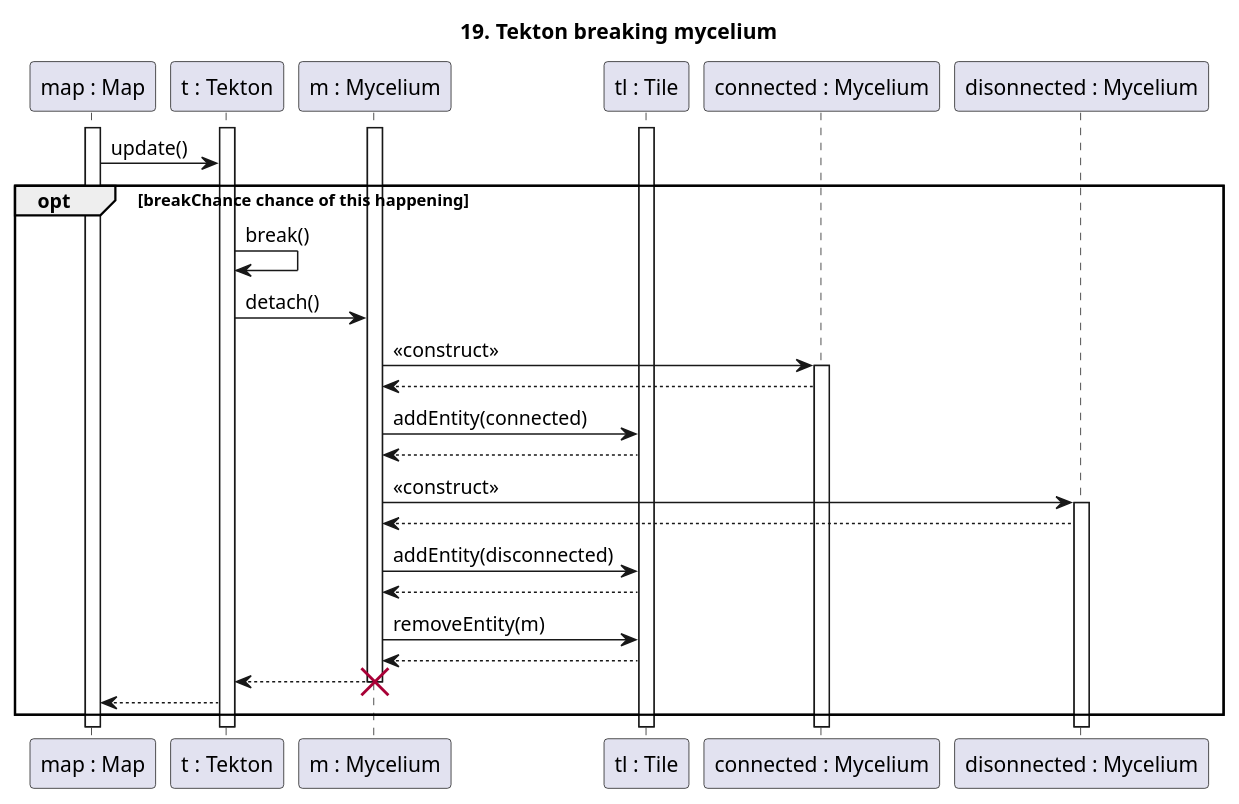
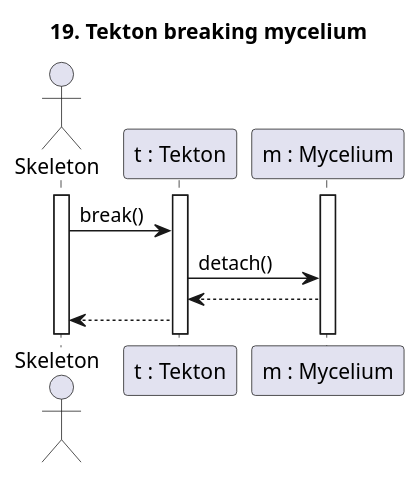
Before and after one commit to Harcipan/Projlab_nullpointerexception: the diagram in diagrams/diagramFiles/SQ19_TectonBreaksMycelium.puml, drawn with PlantUML.

Commit message:
SQ16 fix

```diff
--- a/diagrams/diagramFiles/SQ19_TectonBreaksMycelium.puml
+++ b/diagrams/diagramFiles/SQ19_TectonBreaksMycelium.puml
@@ -1,48 +1,24 @@
 @startuml 19. Tekton breaking mycelium
 title 19. Tekton breaking mycelium
 
-participant "map : Map" as M
+actor "Skeleton" as S
 participant "t : Tekton" as T
 participant "m : Mycelium" as My
-participant "tl : Tile" as Tl
-participant "connected : Mycelium" as Mc
-participant "disonnected : Mycelium" as Md
+
+
 
 
 activate T
 activate My
-activate M
-activate Tl
+activate S
 
-M->T : update()
-opt breakChance chance of this happening
-T->T : break()
+
+S->T : break()
 T->My : detach()
-
-My->Mc : <<construct>>
-
-activate Mc
-
-Mc-->My
-My->Tl : addEntity(connected)
-Tl --> My
-My->Md : <<construct>>
-
-activate Md
-
-Md-->My
-My->Tl : addEntity(disconnected)
-Tl-->My
-
-My->Tl : removeEntity(m)
-Tl-->My
-
 My-->T
 
-destroy My
-T-->M
+T-->S
 
-end
 
 
 @enduml
```
